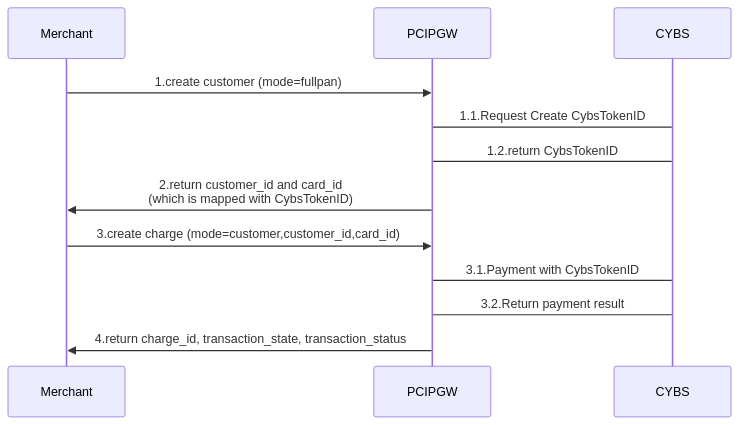
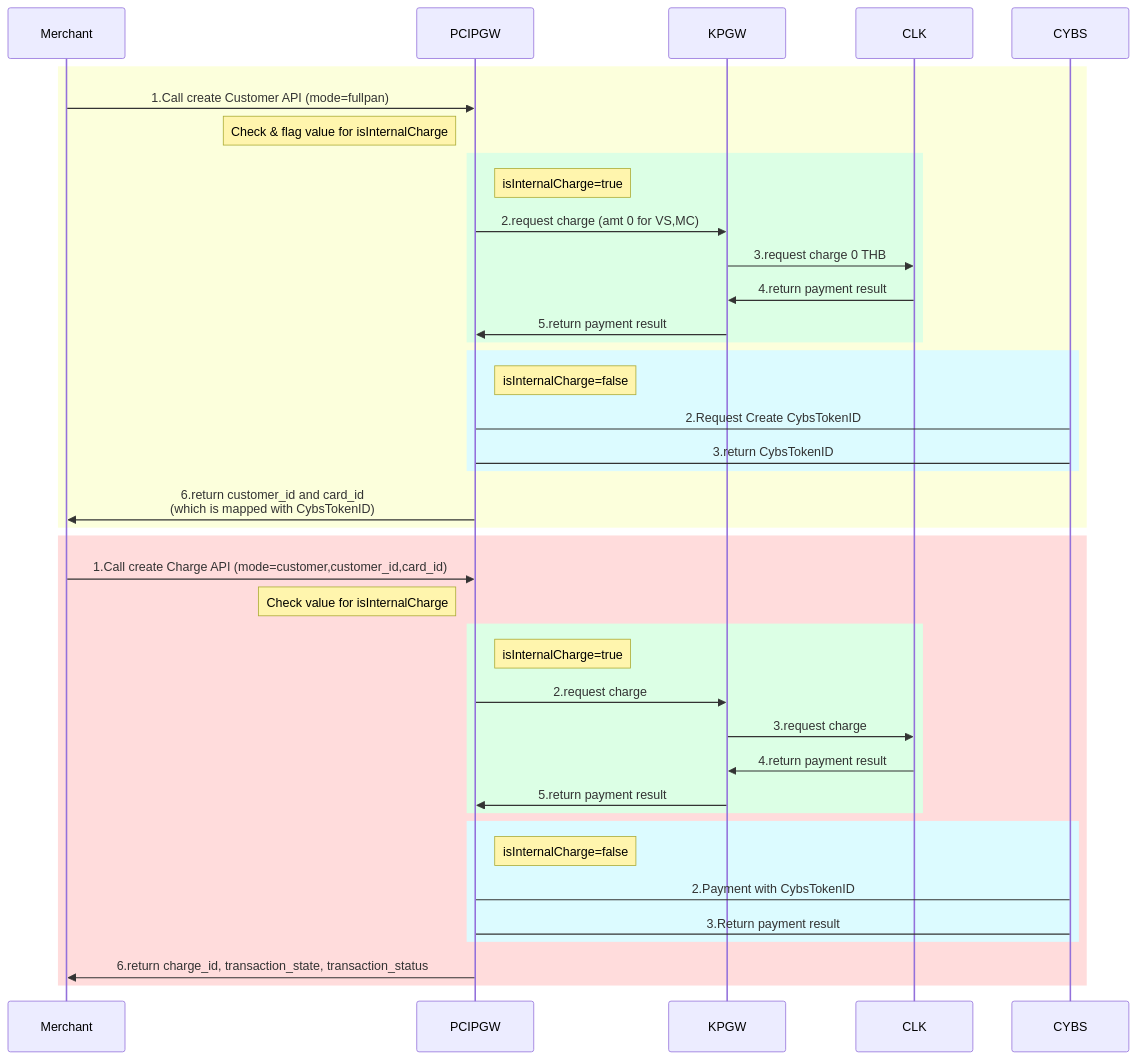
Before and after one commit to yuusuke25/MyNotes: the sixth of 6 diagrams in Cybs-Ph2-Flow1.md, drawn with Mermaid. The commit also changed other lines of this file, not shown here.

````diff
--- a/Cybs-Ph2-Flow1.md
+++ b/Cybs-Ph2-Flow1.md
@@ -129,12 +190,38 @@
 ```mermaid
     sequenceDiagram
-        Merchant->>PCIPGW:1.create customer (mode=fullpan)
-        PCIPGW->CYBS:1.1.Request Create CybsTokenID
-        CYBS->PCIPGW:1.2.return CybsTokenID
-        PCIPGW->>Merchant:2.return customer_id and card_id<br>(which is mapped with CybsTokenID)
-
-        Merchant->>PCIPGW:3.create charge (mode=customer,customer_id,card_id)
-        PCIPGW->CYBS:3.1.Payment with CybsTokenID
-        CYBS->PCIPGW:3.2.Return payment result
-        PCIPGW->>Merchant:4.return charge_id, transaction_state, transaction_status
+        rect rgb(252, 255, 220)
+            Merchant->>PCIPGW:1.Call create Customer API (mode=fullpan)
+            Note left of PCIPGW: Check & flag value for isInternalCharge
+            rect rgb(220, 255, 229)
+                Note right of PCIPGW: isInternalCharge=true
+                PCIPGW->>KPGW:2.request charge (amt 0 for VS,MC)
+                KPGW->>CLK:3.request charge 0 THB
+                CLK->>KPGW:4.return payment result
+                KPGW->>PCIPGW:5.return payment result
+            end
+            rect rgb(220, 251, 255)
+                Note right of PCIPGW: isInternalCharge=false
+                PCIPGW->CYBS:2.Request Create CybsTokenID
+                CYBS->PCIPGW:3.return CybsTokenID
+            end
+            PCIPGW->>Merchant:6.return customer_id and card_id<br>(which is mapped with CybsTokenID)
+        end
+        
+        rect rgb(255, 220, 220)
+            Merchant->>PCIPGW:1.Call create Charge API (mode=customer,customer_id,card_id)
+            Note left of PCIPGW: Check value for isInternalCharge
+            rect rgb(220, 255, 229)
+                Note right of PCIPGW: isInternalCharge=true
+                PCIPGW->>KPGW:2.request charge
+                KPGW->>CLK:3.request charge
+                CLK->>KPGW:4.return payment result
+                KPGW->>PCIPGW:5.return payment result
+            end
+            rect rgb(220, 251, 255)
+                Note right of PCIPGW: isInternalCharge=false
+                PCIPGW->CYBS:2.Payment with CybsTokenID
+                CYBS->PCIPGW:3.Return payment result
+            end
+            PCIPGW->>Merchant:6.return charge_id, transaction_state, transaction_status
+        end
 ```
````
